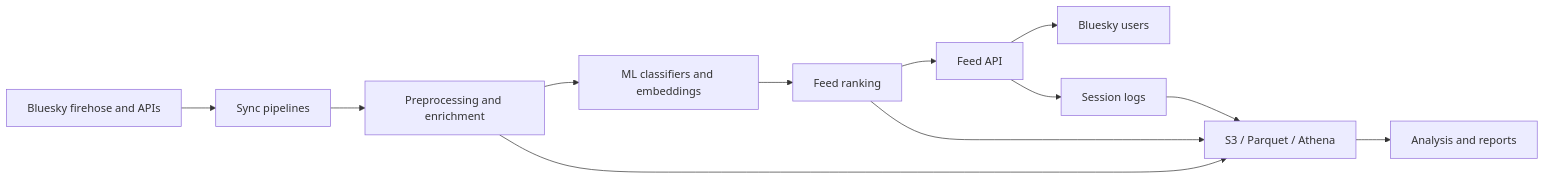
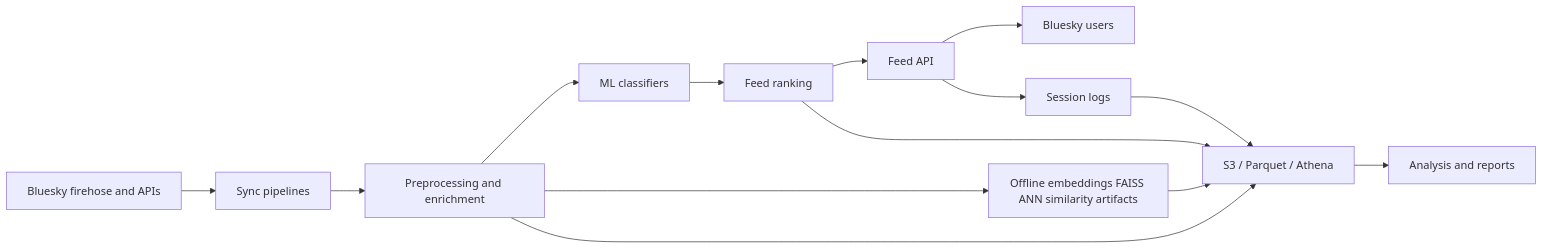
One commit to METResearchGroup/bluesky-research changed the diagram in README.md. Above: the diagram before and after it, drawn with Mermaid. The commit also changed other lines of this file and 25 other files, not shown here.

First line of the commit message:
Offline vector embeddings: lazy Torch, FAISS ANN, materialized similarity (#397)

````diff
--- a/README.md
+++ b/README.md
@@ -19,14 +19,16 @@
 ```mermaid
 flowchart LR
   B[Bluesky firehose and APIs] --> S[Sync pipelines]
   S --> P[Preprocessing and enrichment]
-  P --> M[ML classifiers and embeddings]
+  P --> M[ML classifiers]
+  P --> V[Offline embeddings FAISS ANN similarity artifacts]
   M --> R[Feed ranking]
+  V --> D[S3 / Parquet / Athena]
   R --> A[Feed API]
   A --> U[Bluesky users]
   A --> L[Session logs]
-  P --> D[S3 / Parquet / Athena]
+  P --> D
   R --> D
   L --> D
   D --> AN[Analysis and reports]
 ```
````
